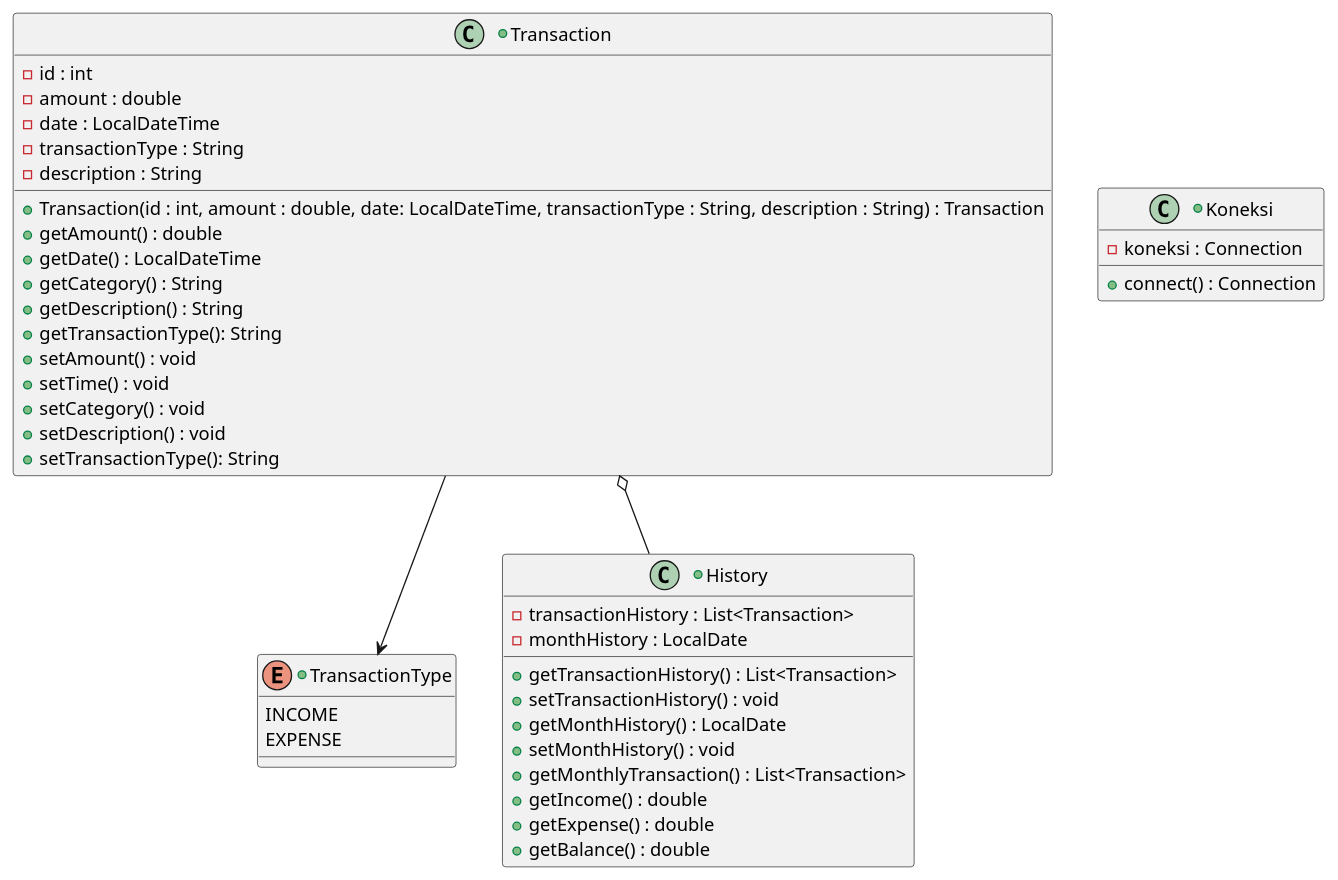
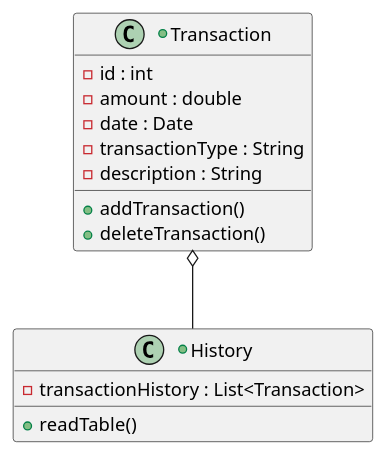
One commit to xyfr0/Budgeter changed the diagram in src/main/java/diagram/class.plantuml. Above: the diagram before and after it, drawn with PlantUML. The commit also changed 9 other files, not shown here.

```diff
--- a/src/main/java/diagram/class.plantuml
+++ b/src/main/java/diagram/class.plantuml
@@ -1,51 +1,23 @@
 @startuml class
 
 
 +class "Transaction"{
       -id : int
       -amount : double
-      -date : LocalDateTime
+      -date : Date
       -transactionType : String
-      -description : String
-      +Transaction(id : int, amount : double, date: LocalDateTime, transactionType : String, description : String) : Transaction
-      +getAmount() : double
-      +getDate() : LocalDateTime
-      +getCategory() : String
-      +getDescription() : String
-      +getTransactionType(): String
-      +setAmount() : void
-      +setTime() : void
-      +setCategory() : void
-      +setDescription() : void      
-      +setTransactionType(): String
-}
-
-+enum "TransactionType"{
-      INCOME
-      EXPENSE
+      -description : String      
+      +addTransaction()
+      +deleteTransaction()
 }
 
 +class "History"{
       -transactionHistory : List<Transaction>
-      -monthHistory : LocalDate      
-      +getTransactionHistory() : List<Transaction>
-      +setTransactionHistory() : void      
-      +getMonthHistory() : LocalDate
-      +setMonthHistory() : void
-      +getMonthlyTransaction() : List<Transaction>     
-      +getIncome() : double
-      +getExpense() : double
-      +getBalance() : double
-}
-
-+class "Koneksi"{
-      -koneksi : Connection
-      +connect() : Connection
+      +readTable()
 }
 
 Transaction o-- History
-Transaction --> TransactionType
 
 
 
 @enduml
```
